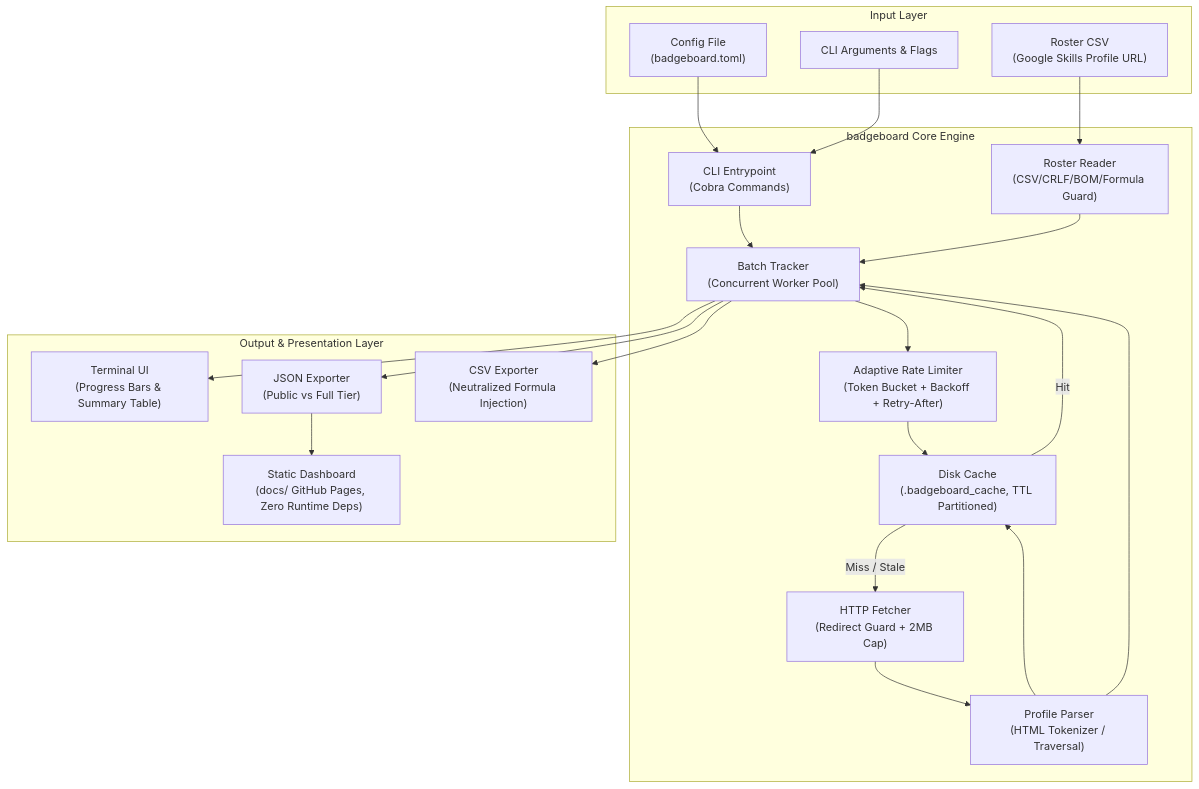
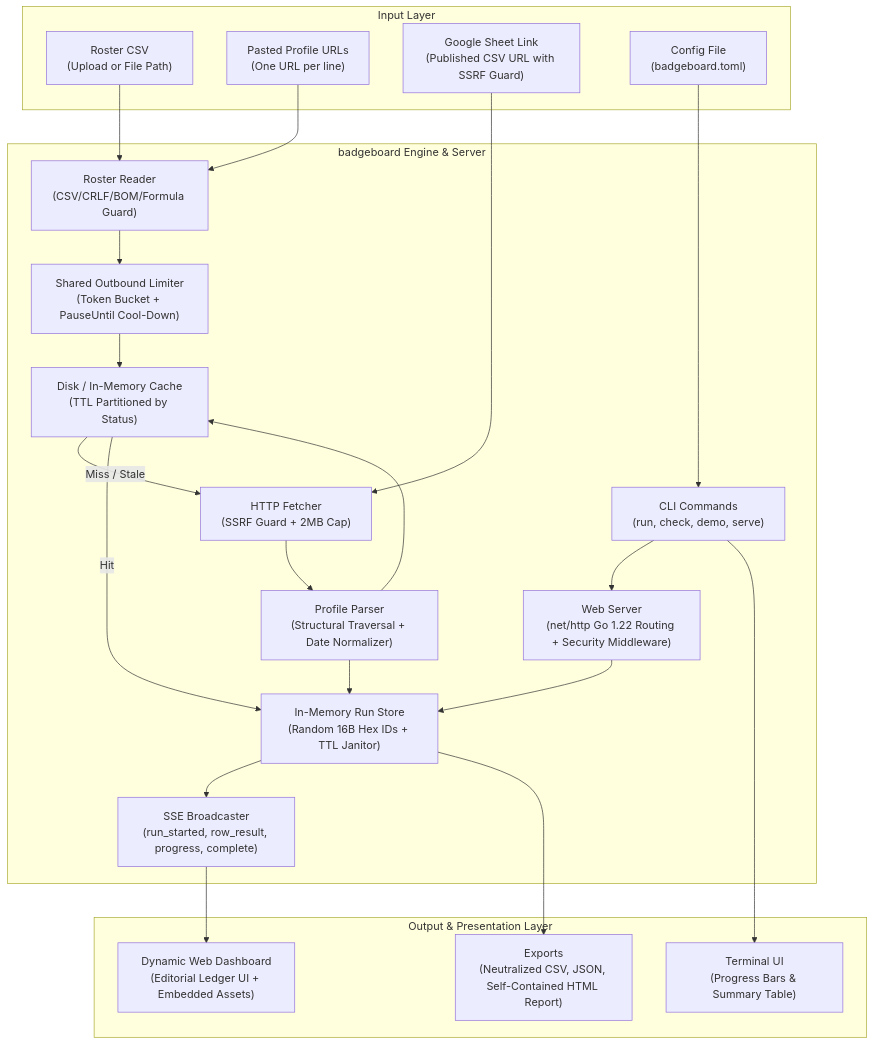
The diagram in README.md (NotRealShanks/badgeboard), drawn with Mermaid before and after one commit. The commit also changed other lines of this file, not shown here.

Commit message:
docs(web): finalize documentation, architecture diagrams, and release audit

````diff
--- a/README.md
+++ b/README.md
@@ -16,42 +15,45 @@
 ```mermaid
 flowchart TD
     subgraph Input ["Input Layer"]
-        CSV["Roster CSV\n(Google Skills Profile URL)"]
+        CSV["Roster CSV\n(Upload or File Path)"]
+        PASTE["Pasted Profile URLs\n(One URL per line)"]
+        SHEET["Google Sheet Link\n(Published CSV URL with SSRF Guard)"]
         CFG["Config File\n(badgeboard.toml)"]
-        CLI_FLAGS["CLI Arguments & Flags"]
     end
 
-    subgraph Core ["badgeboard Core Engine"]
-        CLI["CLI Entrypoint\n(Cobra Commands)"]
+    subgraph Core ["badgeboard Engine & Server"]
+        CLI["CLI Commands\n(run, check, demo, serve)"]
+        SRV["Web Server\n(net/http Go 1.22 Routing + Security Middleware)"]
+        STORE["In-Memory Run Store\n(Random 16B Hex IDs + TTL Janitor)"]
+        SSE["SSE Broadcaster\n(run_started, row_result, progress, complete)"]
         ROSTER["Roster Reader\n(CSV/CRLF/BOM/Formula Guard)"]
-        TRACKER["Batch Tracker\n(Concurrent Worker Pool)"]
-        LIMITER["Adaptive Rate Limiter\n(Token Bucket + Backoff + Retry-After)"]
-        CACHE["Disk Cache\n(.badgeboard_cache, TTL Partitioned)"]
-        FETCHER["HTTP Fetcher\n(Redirect Guard + 2MB Cap)"]
-        PARSER["Profile Parser\n(HTML Tokenizer / Traversal)"]
+        LIMITER["Shared Outbound Limiter\n(Token Bucket + PauseUntil Cool-Down)"]
+        CACHE["Disk / In-Memory Cache\n(TTL Partitioned by Status)"]
+        FETCHER["HTTP Fetcher\n(SSRF Guard + 2MB Cap)"]
+        PARSER["Profile Parser\n(Structural Traversal + Date Normalizer)"]
     end
 
     subgraph Output ["Output & Presentation Layer"]
+        WEB_UI["Dynamic Web Dashboard\n(Editorial Ledger UI + Embedded Assets)"]
         TERM["Terminal UI\n(Progress Bars & Summary Table)"]
-        JSON_EXP["JSON Exporter\n(Public vs Full Tier)"]
-        CSV_EXP["CSV Exporter\n(Neutralized Formula Injection)"]
-        DASH["Static Dashboard\n(docs/ GitHub Pages, Zero Runtime Deps)"]
+        EXPORTS["Exports\n(Neutralized CSV, JSON, Self-Contained HTML Report)"]
     end
 
     CSV --> ROSTER
+    PASTE --> ROSTER
+    SHEET --> FETCHER
     CFG --> CLI
-    CLI_FLAGS --> CLI
-    CLI --> TRACKER
-    ROSTER --> TRACKER
-    TRACKER --> LIMITER
+    CLI --> SRV
+    SRV --> STORE
+    STORE --> SSE
+    SSE --> WEB_UI
+    ROSTER --> LIMITER
     LIMITER --> CACHE
     CACHE -->|Miss / Stale| FETCHER
-    CACHE -->|Hit| TRACKER
+    CACHE -->|Hit| STORE
     FETCHER --> PARSER
     PARSER --> CACHE
-    PARSER --> TRACKER
-    TRACKER --> TERM
-    TRACKER --> JSON_EXP
-    TRACKER --> CSV_EXP
-    JSON_EXP --> DASH
+    PARSER --> STORE
+    STORE --> EXPORTS
+    CLI --> TERM
 ```
````
